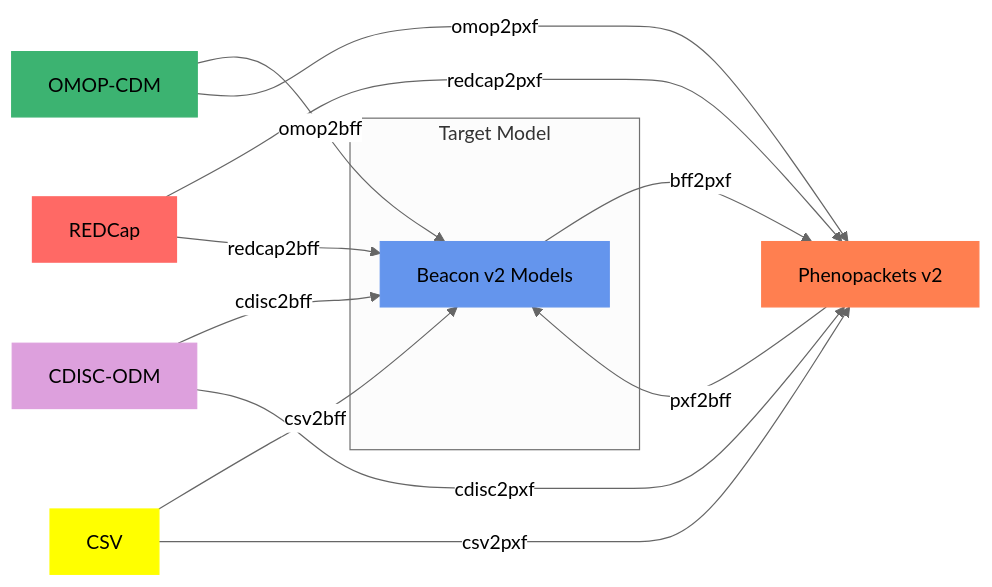
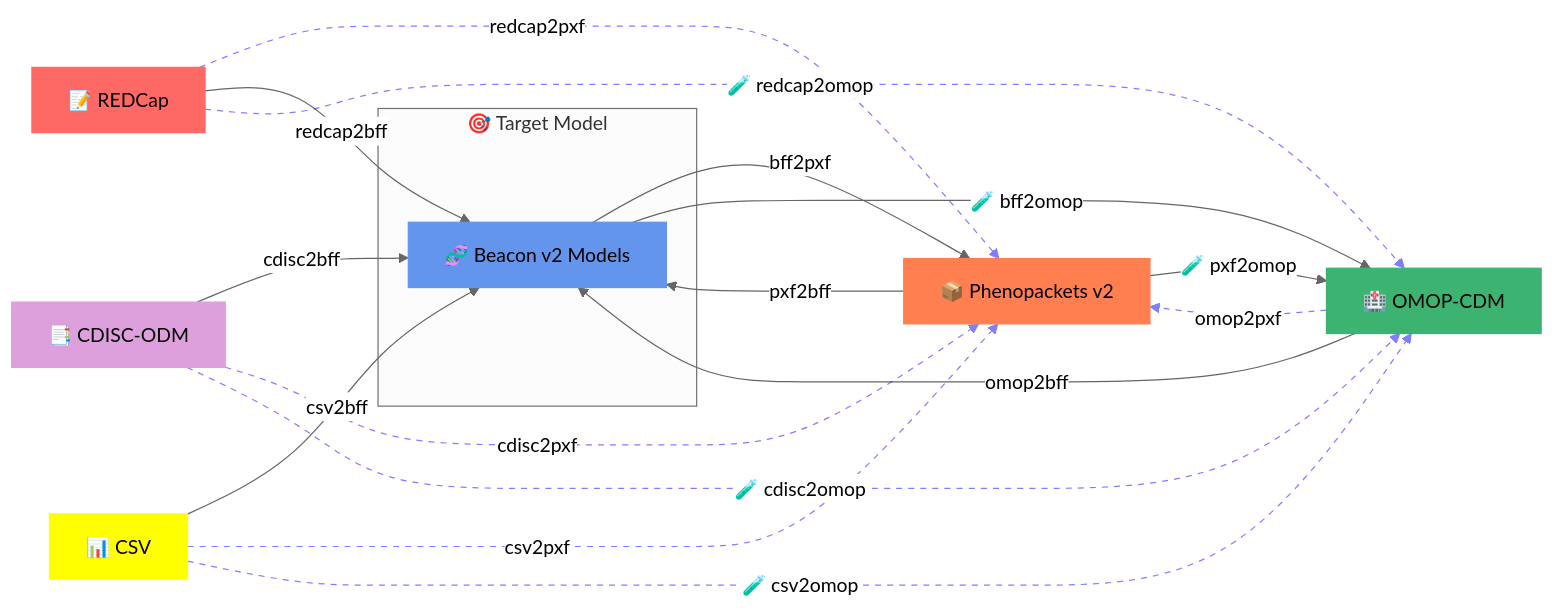
Before and after one commit to CNAG-Biomedical-Informatics/convert-pheno: the first of 2 diagrams in docs/supported-formats.md, drawn with Mermaid. The commit also changed other lines of this file and 11 other files, not shown here.

````diff
--- a/docs/supported-formats.md
+++ b/docs/supported-formats.md
@@ -3,31 +3,34 @@
 ```mermaid
-%%{init: {'theme':'neutral'}}%%
+%%{init:{'theme':'neutral'}}%%
 graph LR
-  subgraph "Target Model"
-  A[Beacon v2 Models]
+  subgraph "🎯 Target Model"
+    A[🧬 Beacon v2 Models]
   end
 
-  A[Beacon v2 Models] -->|bff2pxf| B[Phenopackets v2]
-  C[REDCap] -->|redcap2pxf| B;
-  D[OMOP-CDM] -->|omop2bff| A;
-  E[CDISC-ODM] -->|cdisc2bff| A;
-  F[CSV] -->|csv2bff  | A;
-  B -->|pxf2bff| A;
-  C -->|redcap2bff| A;
-  D -->|omop2pxf| B;
-  E -->|cdisc2pxf| B;
-  F -->|csv2pxf| B;
+  A -->|bff2pxf| B[📦 Phenopackets v2]
+  C[📝 REDCap] -->|redcap2pxf| B
+  D[🏥 OMOP-CDM] -->|omop2bff| A
+  E[📑 CDISC-ODM] -->|cdisc2bff| A
+  F[📊 CSV] -->|csv2bff| A
+  B -->|pxf2bff| A
+  C -->|redcap2bff| A
+  D -->|omop2pxf| B
+  E -->|cdisc2pxf| B
+  F -->|csv2pxf| B
+  A -->|🧪 bff2omop| D
+  F -->|🧪 csv2omop| D
+  E -->|🧪 cdisc2omop| D
+  C -->|🧪 redcap2omop| D
+  B -->|🧪 pxf2omop| D
 
-  style A fill: #6495ED
-  style A stroke: #6495ED
-  style B fill: #FF7F50
-  style B stroke: #FF7F50
-  style C fill: #FF6965
-  style C stroke: #FF6965
-  style D fill: #3CB371
-  style D stroke: #3CB371
-  style E fill: #DDA0DD
-  style E stroke: #DDA0DD
-  style F fill: #FFFF00
-  style F stroke: #FFFF00
+
+  style A fill:#6495ED,stroke:#6495ED
+  style B fill:#FF7F50,stroke:#FF7F50
+  style C fill:#FF6965,stroke:#FF6965
+  style D fill:#3CB371,stroke:#3CB371
+  style E fill:#DDA0DD,stroke:#DDA0DD
+  style F fill:#FFFF00,stroke:#FFFF00
+
+  %% dotted, thinner, semi‑transparent blue for the “must via BFF” shortcuts
+     linkStyle 1,7,8,9,11,12,13 stroke:#0000FF,stroke-width:1px,stroke-dasharray:5 5,opacity:0.5;
 ```
````
